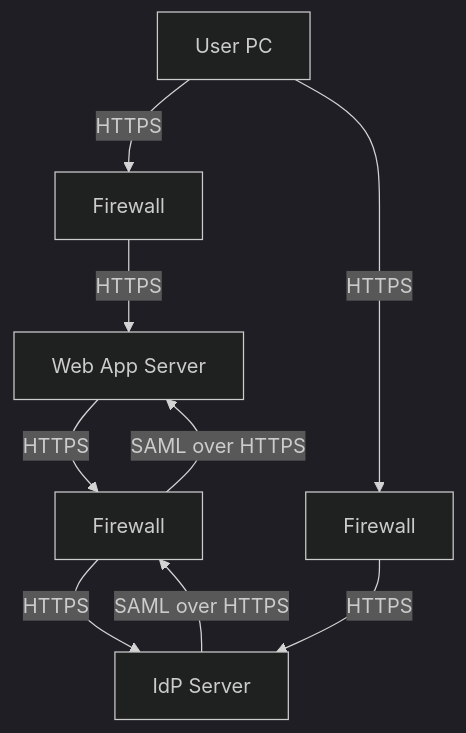
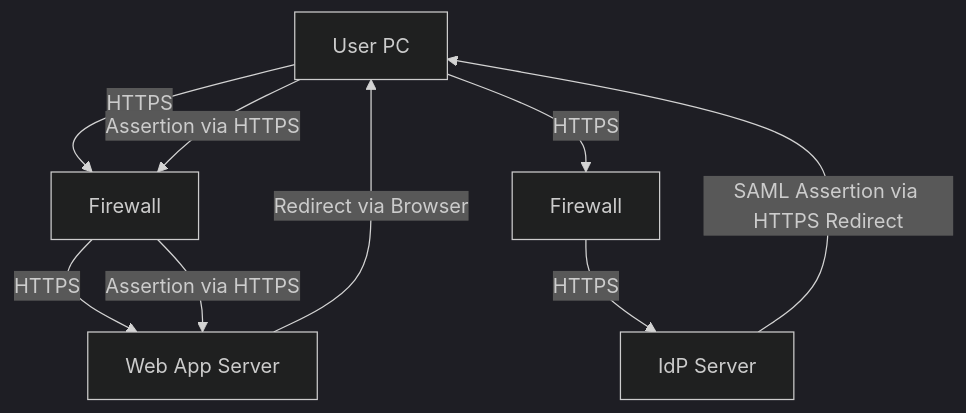
One commit to neoalienson/architect_library changed the second of 8 diagrams in design_patterns/security/sso.md. Above: the diagram before and after it, drawn with Mermaid (dark theme). The commit also changed other lines of this file and 1 other file, not shown here.

````diff
--- a/design_patterns/security/sso.md
+++ b/design_patterns/security/sso.md
@@ -29,11 +30,11 @@
 ```mermaid
 graph TD
     UserPC[User PC] -->|HTTPS| Firewall1[Firewall]
     Firewall1 -->|HTTPS| AppServer[Web App Server]
-    AppServer -->|HTTPS| Firewall2[Firewall]
-    Firewall2 -->|HTTPS| IdPServer[IdP Server]
+    AppServer -->|Redirect via Browser| UserPC
     UserPC -->|HTTPS| Firewall3[Firewall]
-    Firewall3 -->|HTTPS| IdPServer
-    IdPServer -->|SAML over HTTPS| Firewall2
-    Firewall2 -->|SAML over HTTPS| AppServer
+    Firewall3 -->|HTTPS| IdPServer[IdP Server]
+    IdPServer -->|SAML Assertion via HTTPS Redirect| UserPC
+    UserPC -->|Assertion via HTTPS| Firewall1
+    Firewall1 -->|Assertion via HTTPS| AppServer
 ```
````
